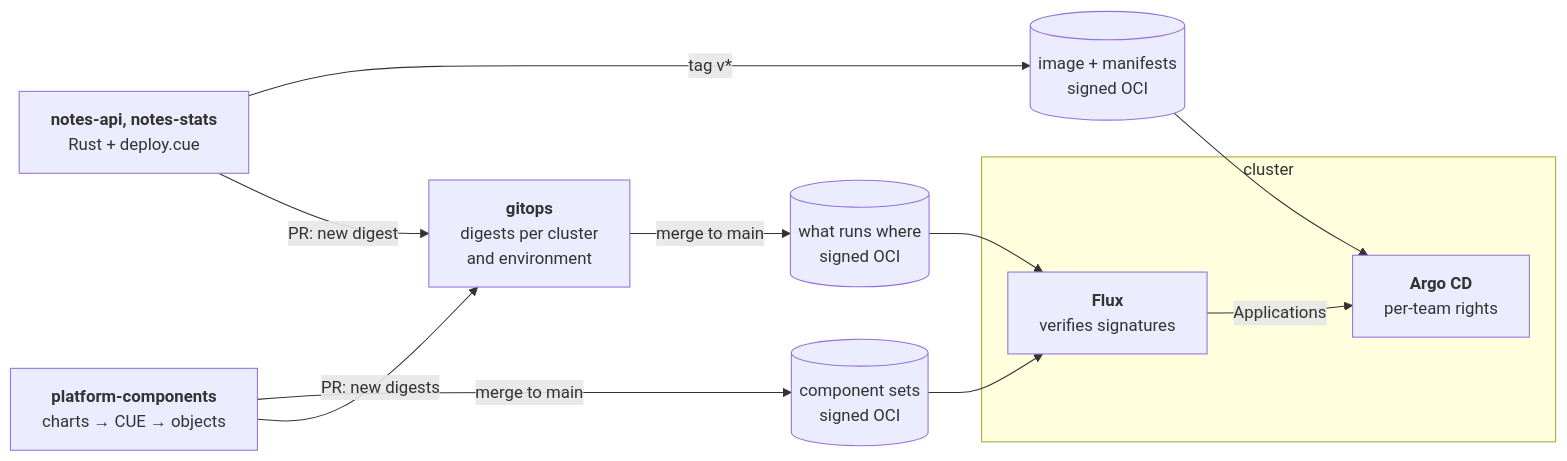
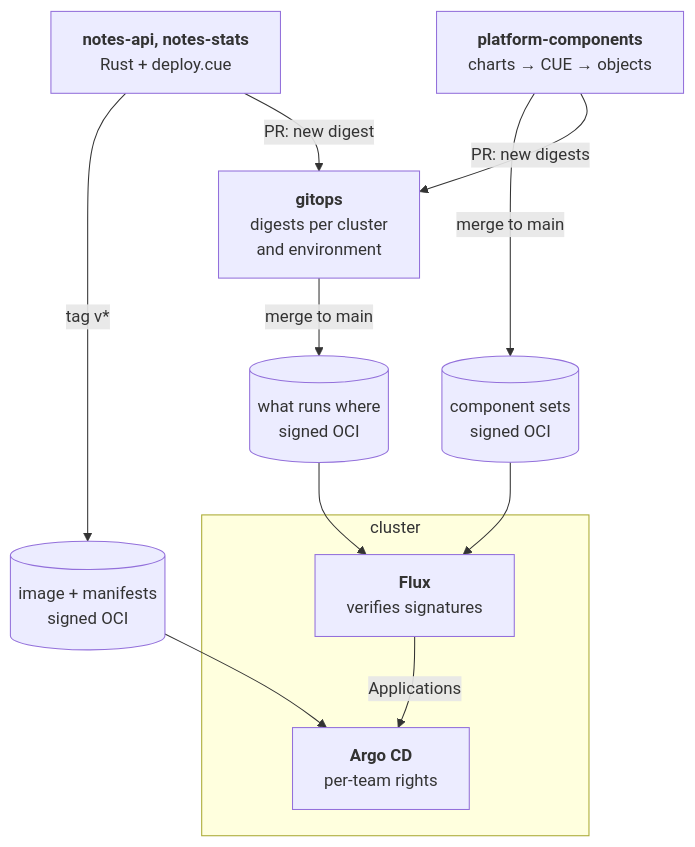
One commit to homelab-selfuryon/meta changed the first of 2 diagrams in README.md. Above: the diagram before and after it, drawn with Mermaid. The commit also changed other lines of this file and 1 other file, not shown here.

Commit message:
docs: diagrams as mermaid, narrow enough for the README width (#15)

````diff
--- a/README.md
+++ b/README.md
@@ -17,26 +17,31 @@
 ```mermaid
-flowchart LR
+---
+config:
+  flowchart:
+    wrappingWidth: 260
+---
+flowchart TB
     svc["<b>notes-api, notes-stats</b><br/>Rust + deploy.cue"]
     comp["<b>platform-components</b><br/>charts → CUE → objects"]
 
     svcart[("image + manifests<br/>signed OCI")]
     setart[("component sets<br/>signed OCI")]
 
     gitops["<b>gitops</b><br/>digests per cluster<br/>and environment"]
     gart[("what runs where<br/>signed OCI")]
 
     subgraph cluster["cluster"]
         flux["<b>Flux</b><br/>verifies signatures"]
         argo["<b>Argo CD</b><br/>per-team rights"]
     end
 
     svc -- "tag v*" --> svcart
     comp -- "merge to main" --> setart
     svc -- "PR: new digest" --> gitops
     comp -- "PR: new digests" --> gitops
     gitops -- "merge to main" --> gart
     gart --> flux
     setart --> flux
     flux -- "Applications" --> argo
     svcart --> argo
 ```
````
